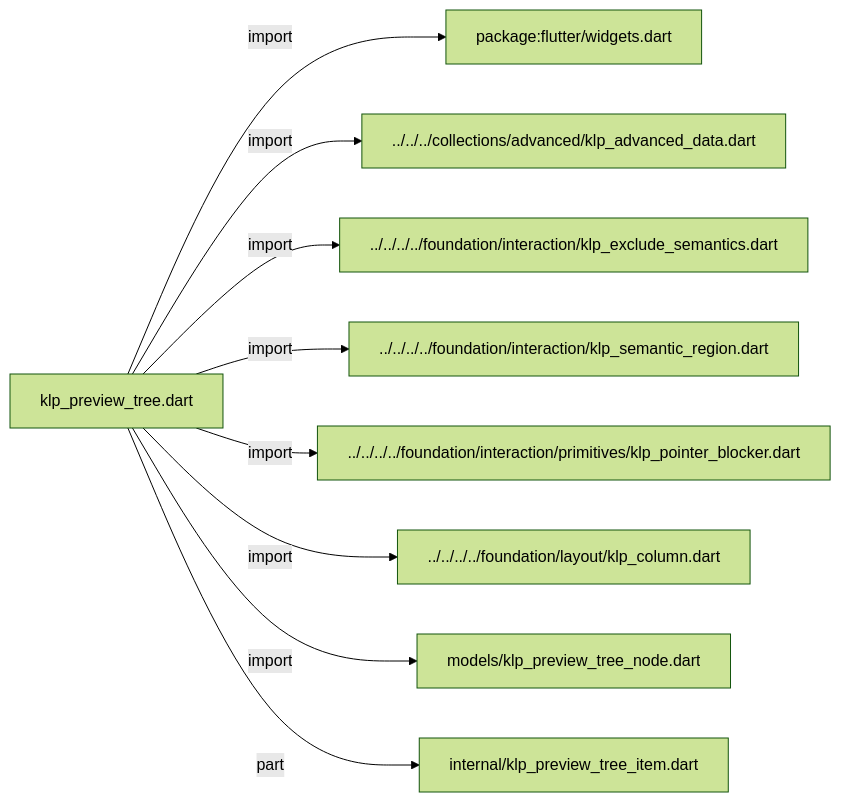
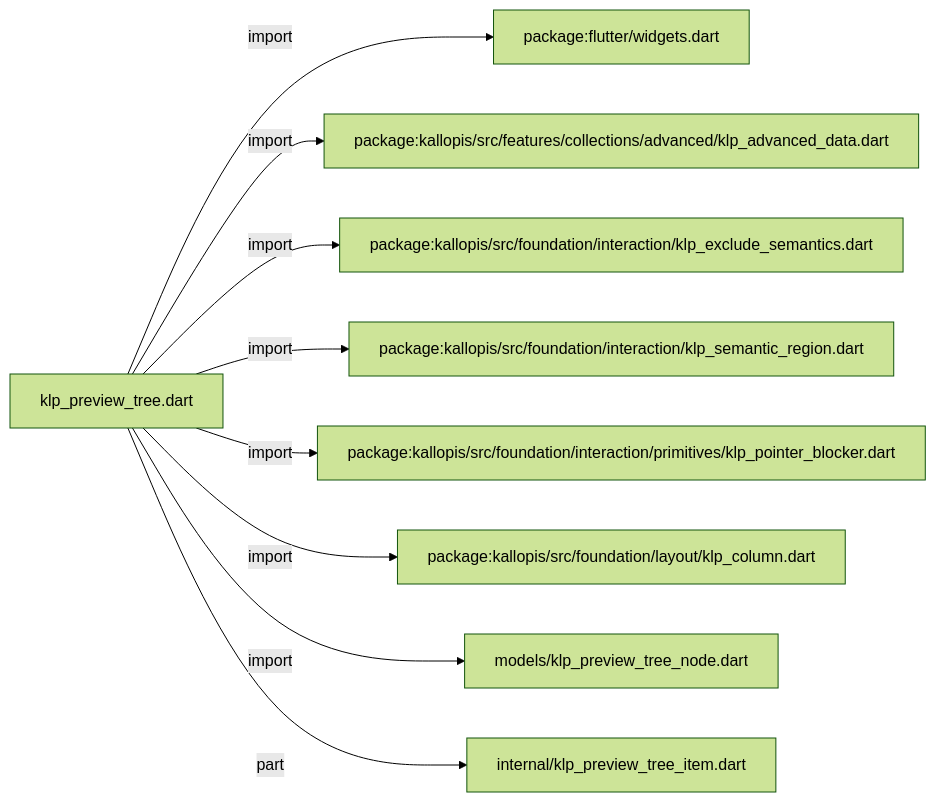
Before and after one commit to MiuDog/Kallopis: the first of 3 diagrams in docs/architecture/src/features/navigation/widgets/preview_tree/klp_preview_tree.md, drawn with Mermaid (forest theme). The commit also changed other lines of this file and 9688 other files, not shown here.

Commit message:
Prepare isolated Flow F2 peer baseline

````diff
--- a/docs/architecture/src/features/navigation/widgets/preview_tree/klp_preview_tree.md
+++ b/docs/architecture/src/features/navigation/widgets/preview_tree/klp_preview_tree.md
@@ -11,20 +11,20 @@
 ```mermaid
 flowchart LR
 	n0["klp_preview_tree.dart"]
 	n1["package:flutter/widgets.dart"]
-	n2["../../../collections/advanced/klp_advanced_data.dart"]
-	n3["../../../../foundation/interaction/klp_exclude_semantics.dart"]
-	n4["../../../../foundation/interaction/klp_semantic_region.dart"]
-	n5["../../../../foundation/interaction/primitives/klp_pointer_blocker.dart"]
-	n6["../../../../foundation/layout/klp_column.dart"]
+	n2["package:kallopis/src/features/collections/advanced/klp_advanced_data.dart"]
+	n3["package:kallopis/src/foundation/interaction/klp_exclude_semantics.dart"]
+	n4["package:kallopis/src/foundation/interaction/klp_semantic_region.dart"]
+	n5["package:kallopis/src/foundation/interaction/primitives/klp_pointer_blocker.dart"]
+	n6["package:kallopis/src/foundation/layout/klp_column.dart"]
 	n7["models/klp_preview_tree_node.dart"]
 	n8["internal/klp_preview_tree_item.dart"]
 	n0 -->|"import"| n1
 	n0 -->|"import"| n2
 	n0 -->|"import"| n3
 	n0 -->|"import"| n4
 	n0 -->|"import"| n5
 	n0 -->|"import"| n6
 	n0 -->|"import"| n7
 	n0 -->|"part"| n8
 ```
````
